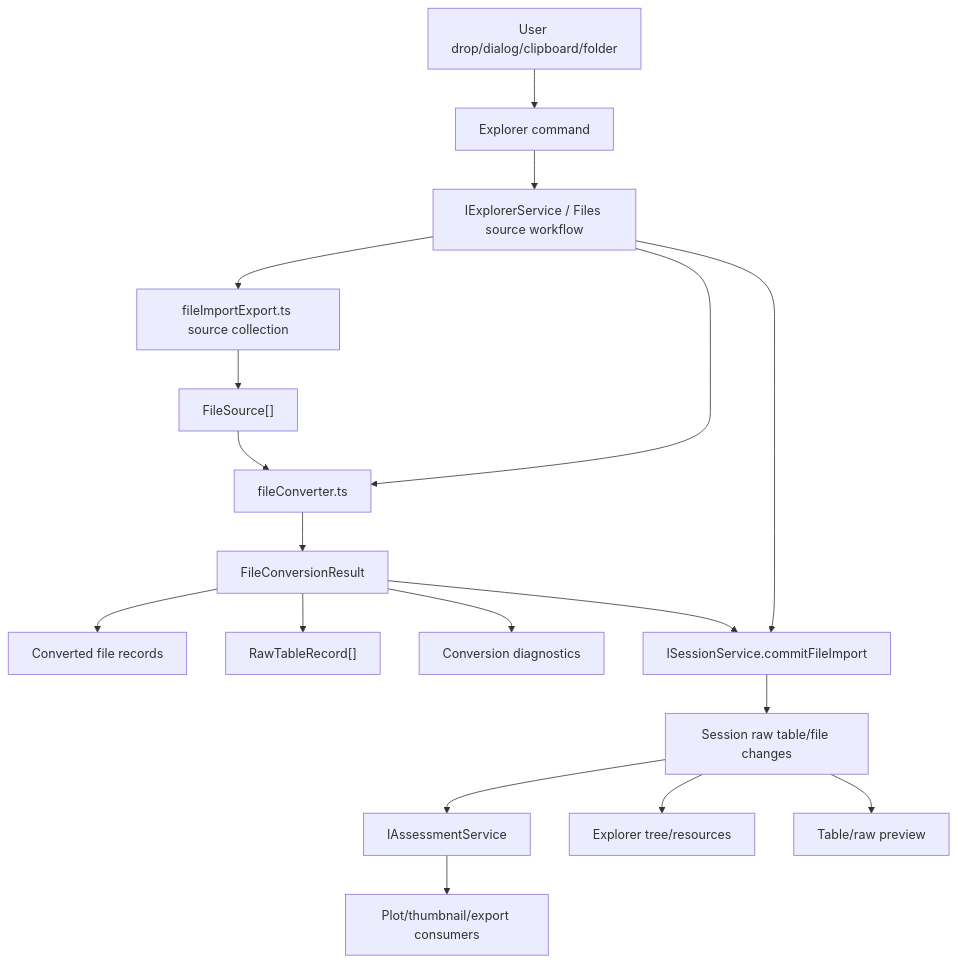
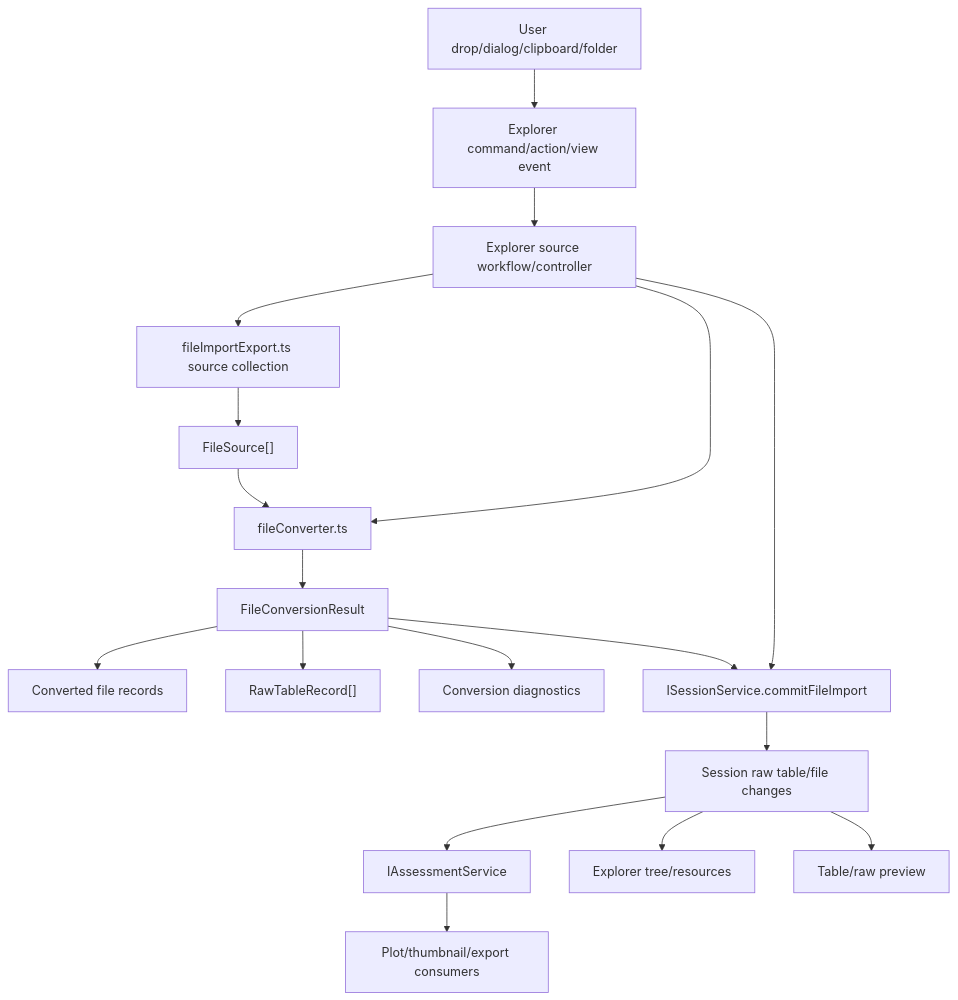
One commit to chogng/conductor changed the second of 8 diagrams in .github/instructions/files.instructions.md. Above: the diagram before and after it, drawn with Mermaid. The commit also changed other lines of this file and 19 other files, not shown here.

First line of the commit message:
refactor: align chart and file session ownership

````diff
--- a/.github/instructions/files.instructions.md
+++ b/.github/instructions/files.instructions.md
@@ -233,20 +239,20 @@
 ```mermaid
 flowchart TD
-    User[User drop/dialog/clipboard/folder] --> Command[Explorer command]
-    Command --> ExplorerWorkflow[IExplorerService / Files source workflow]
-    ExplorerWorkflow --> SourceCollection[fileImportExport.ts source collection]
+    User[User drop/dialog/clipboard/folder] --> Command[Explorer command/action/view event]
+    Command --> SourceWorkflow[Explorer source workflow/controller]
+    SourceWorkflow --> SourceCollection[fileImportExport.ts source collection]
     SourceCollection --> Sources["FileSource[]"]
-    ExplorerWorkflow --> Converter[fileConverter.ts]
+    SourceWorkflow --> Converter[fileConverter.ts]
     Sources --> Converter
     Converter --> ConversionResult[FileConversionResult]
     ConversionResult --> RawFiles[Converted file records]
     ConversionResult --> RawTables["RawTableRecord[]"]
     ConversionResult --> Diagnostics[Conversion diagnostics]
-    ExplorerWorkflow --> Commit[ISessionService.commitFileImport]
+    SourceWorkflow --> Commit[ISessionService.commitFileImport]
     ConversionResult --> Commit
     Commit --> SessionEvents[Session raw table/file changes]
     SessionEvents --> Assessment[IAssessmentService]
     SessionEvents --> ExplorerView[Explorer tree/resources]
     SessionEvents --> Table[Table/raw preview]
     Assessment --> Plot[Plot/thumbnail/export consumers]
 ```
````
